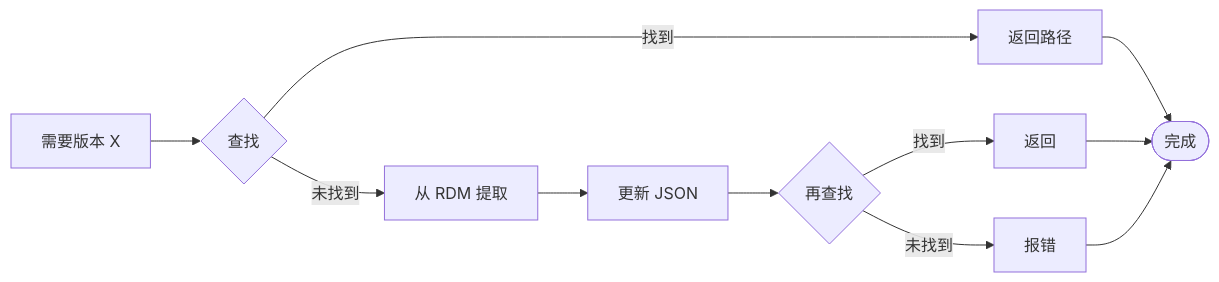
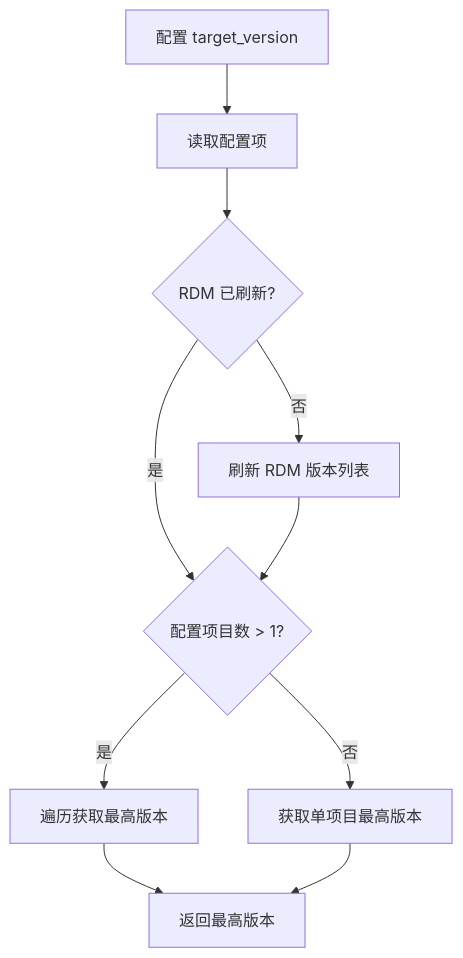
The seventh of 22 diagrams in 系统架构文档.md (weihang1258/dpiAutoExcel), drawn with Mermaid before and after one commit. The commit also changed other lines of this file and 630 other files, not shown here.

````diff
--- a/系统架构文档.md
+++ b/系统架构文档.md
@@ -221,13 +252,12 @@
 ```mermaid
-graph LR
-    A[需要版本 X] --> B{查找}
-    B -->|找到| C[返回路径]
-    B -->|未找到| D[从 RDM 提取]
-    D --> E[更新 JSON]
-    E --> F{再查找}
-    F -->|找到| G[返回]
-    F -->|未找到| H[报错]
-    C --> I([完成])
-    G --> I
-    H --> I
+graph TD
+    A[配置 target_version] --> B[读取配置项]
+    B --> C{RDM 已刷新?}
+    C -->|否| D[刷新 RDM 版本列表]
+    C -->|是| E{配置项目数 > 1?}
+    E -->|是| F[遍历获取最高版本]
+    E -->|否| G[获取单项目最高版本]
+    D --> E
+    F --> H[返回最高版本]
+    G --> H
 ```
````
